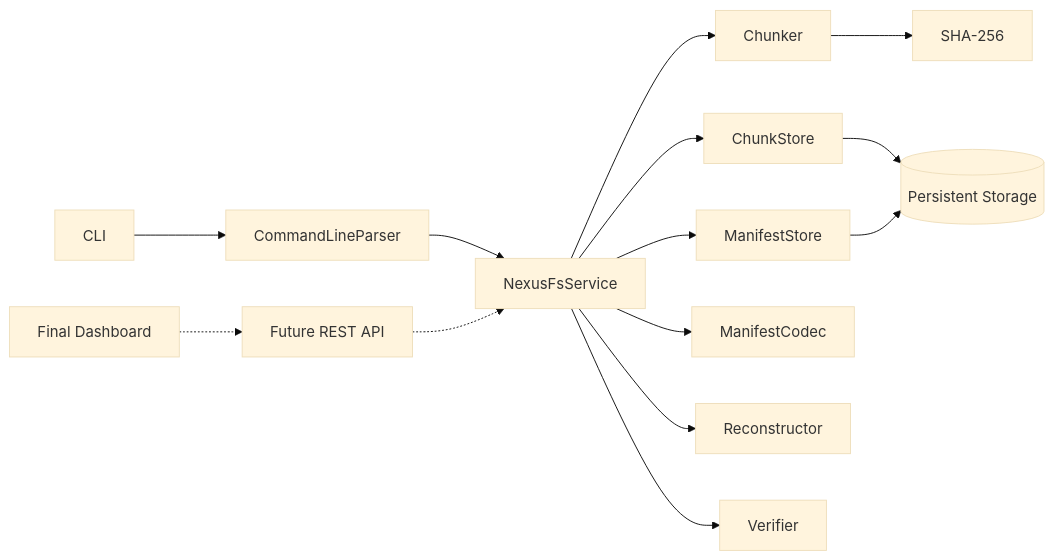
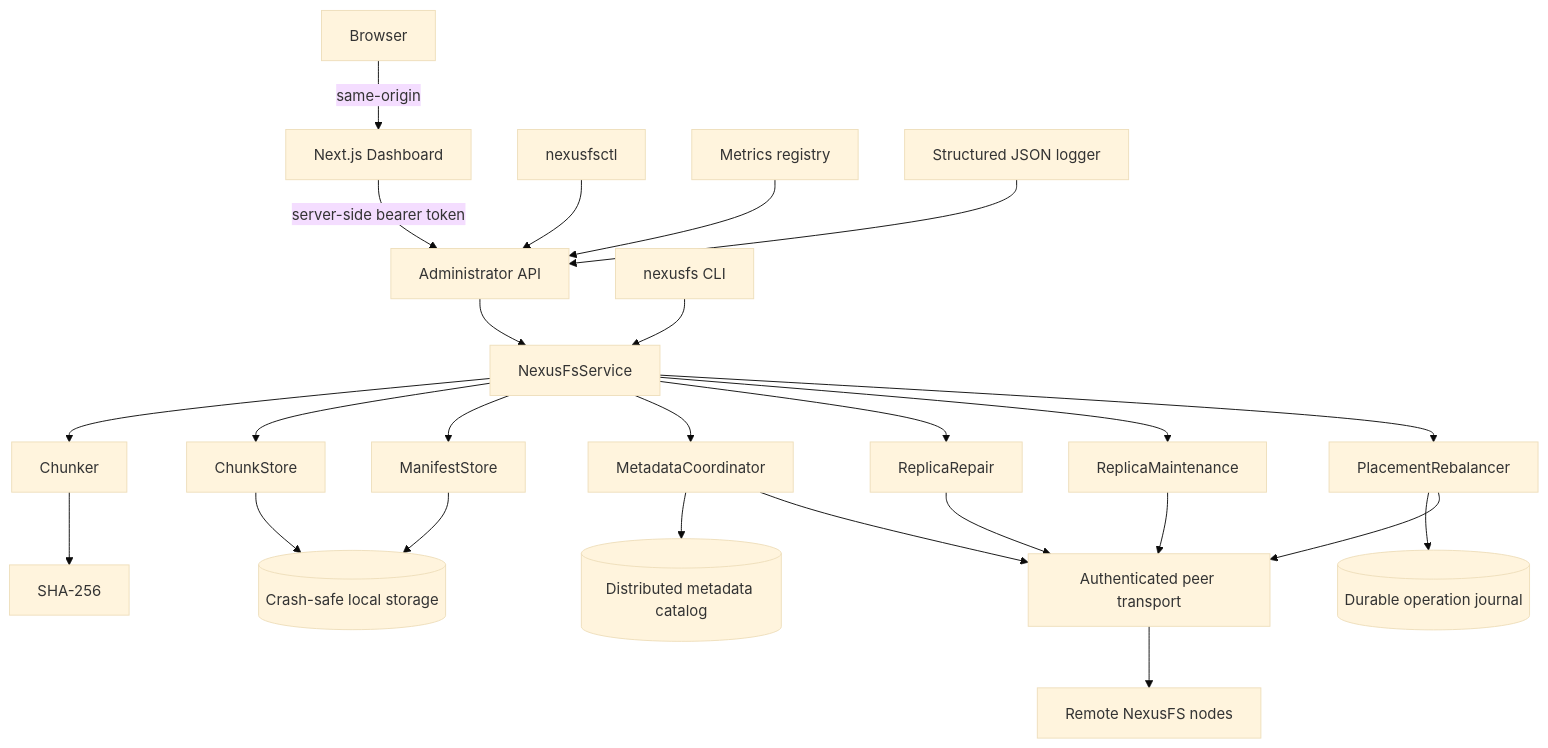
One commit to Mahek576/nexusfs changed the diagram in README.md. Above: the diagram before and after it, drawn with Mermaid (base theme). The commit also changed other lines of this file and 5 other files, not shown here.

Commit message:
Document NexusFS architecture and product status

````diff
--- a/README.md
+++ b/README.md
@@ -35,19 +95,32 @@
 ```mermaid
-flowchart LR
-    CLI[CLI] --> Parser[CommandLineParser]
-    Parser --> Service[NexusFsService]
+flowchart TB
+    Browser[Browser] -->|same-origin| Dashboard[Next.js Dashboard]
+    Dashboard -->|server-side bearer token| AdminAPI[Administrator API]
 
-    API[Future REST API] -.-> Service
-    Dashboard[Final Dashboard] -.-> API
+    CLI[nexusfs CLI] --> Service[NexusFsService]
+    AdminCLI[nexusfsctl] --> AdminAPI
+    AdminAPI --> Service
 
     Service --> Chunker
     Service --> ChunkStore
     Service --> ManifestStore
-    Service --> ManifestCodec
-    Service --> Reconstructor
-    Service --> Verifier
+    Service --> MetadataCoordinator
+    Service --> ReplicaRepair
+    Service --> ReplicaMaintenance
+    Service --> PlacementRebalancer
 
-    Chunker --> SHA256[SHA-256]
-    ChunkStore --> Disk[(Persistent Storage)]
-    ManifestStore --> Disk
+    Chunker --> SHA[SHA-256]
+    ChunkStore --> DurableStorage[(Crash-safe local storage)]
+    ManifestStore --> DurableStorage
+    MetadataCoordinator --> MetadataCatalog[(Distributed metadata catalog)]
+    PlacementRebalancer --> Journal[(Durable operation journal)]
+
+    PeerTransport[Authenticated peer transport] --> RemoteNodes[Remote NexusFS nodes]
+    MetadataCoordinator --> PeerTransport
+    ReplicaRepair --> PeerTransport
+    ReplicaMaintenance --> PeerTransport
+    PlacementRebalancer --> PeerTransport
+
+    Metrics[Metrics registry] --> AdminAPI
+    Logger[Structured JSON logger] --> AdminAPI
 ```
````
